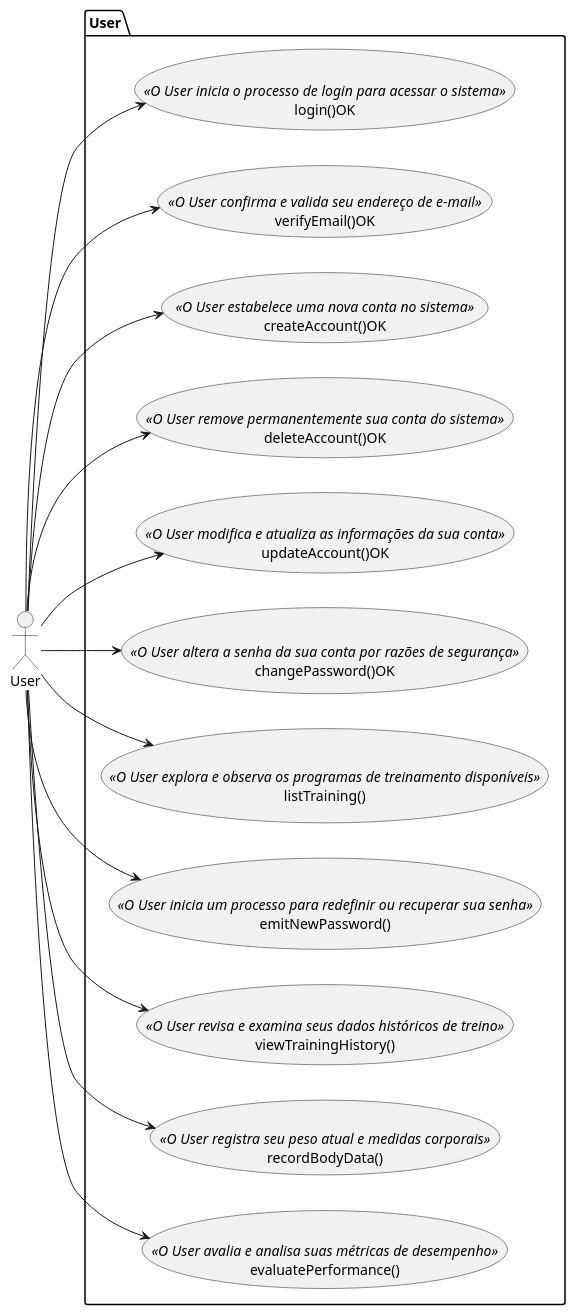
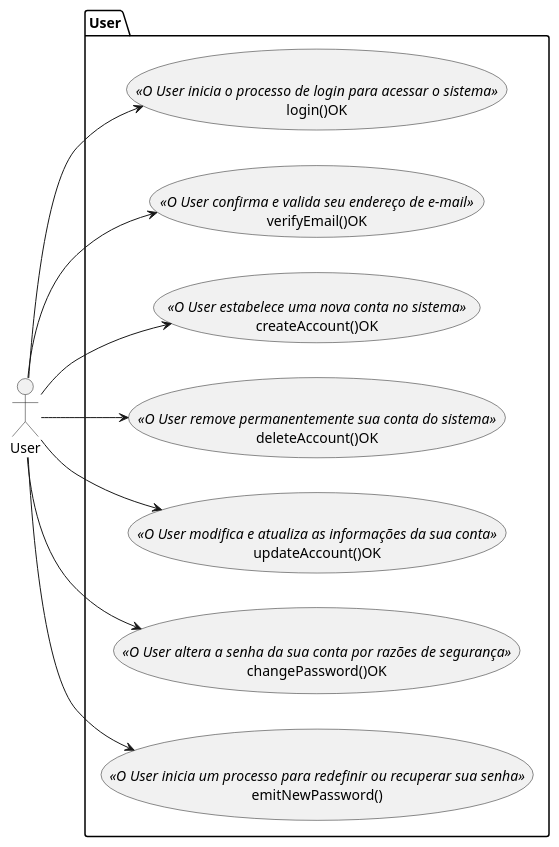
The diagram in uml/User/usecases/index.wsd (LucasReisV1337/api-gym), drawn with PlantUML before and after one commit. The commit also changed 8 other files, not shown here.

Commit message:
refactor: :recycle: recycle architecture

```diff
--- a/uml/User/usecases/index.wsd
+++ b/uml/User/usecases/index.wsd
@@ -1,41 +1,30 @@
 @startuml DiagramName
 left to right direction
 
 actor User as u
 
 package "User" {
   usecase "login()OK" as UC1 <<O User inicia o processo de login para acessar o sistema>>
 
   usecase "verifyEmail()OK" as UC2 <<O User confirma e valida seu endereço de e-mail>>
 
   usecase "createAccount()OK" as UC3 <<O User estabelece uma nova conta no sistema>>
 
   usecase "deleteAccount()OK" as UC4 <<O User remove permanentemente sua conta do sistema>>
 
   usecase "updateAccount()OK" as UC5 <<O User modifica e atualiza as informações da sua conta>>
 
   usecase "changePassword()OK" as UC6 <<O User altera a senha da sua conta por razões de segurança>>
 
-  usecase "listTraining()" as UC7 <<O User explora e observa os programas de treinamento disponíveis>>
+  usecase "emitNewPassword()" as UC7 <<O User inicia um processo para redefinir ou recuperar sua senha>>
 
-  usecase "emitNewPassword()" as UC8 <<O User inicia um processo para redefinir ou recuperar sua senha>>
-
-  usecase "viewTrainingHistory()" as UC9 <<O User revisa e examina seus dados históricos de treino>>
-
-  usecase "recordBodyData()" as UC10 <<O User registra seu peso atual e medidas corporais>>
-
-  usecase "evaluatePerformance()" as UC11 <<O User avalia e analisa suas métricas de desempenho>>
 }
 
 u --> UC1
 u --> UC2
 u --> UC3
 u --> UC4
 u --> UC5
 u --> UC6
 u --> UC7
-u --> UC8
-u --> UC9
-u --> UC10
-u --> UC11
 @enduml
```
